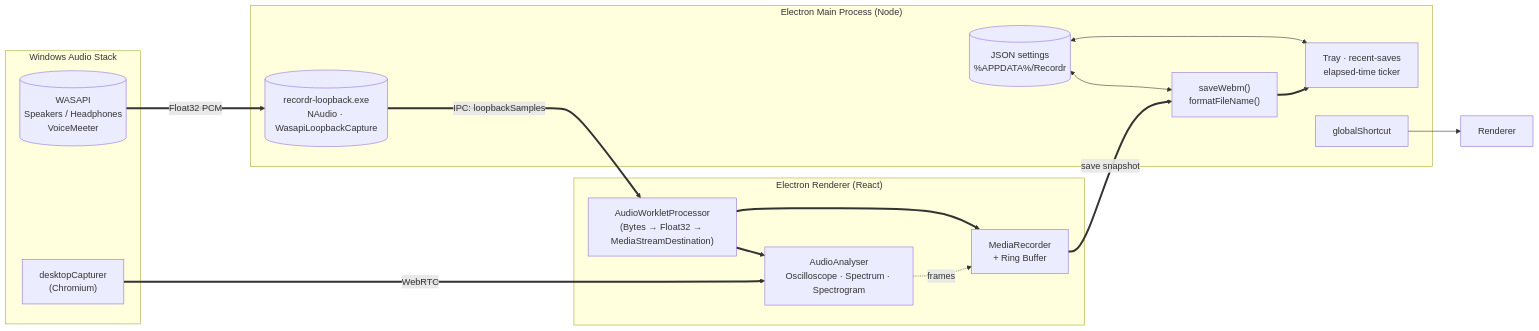
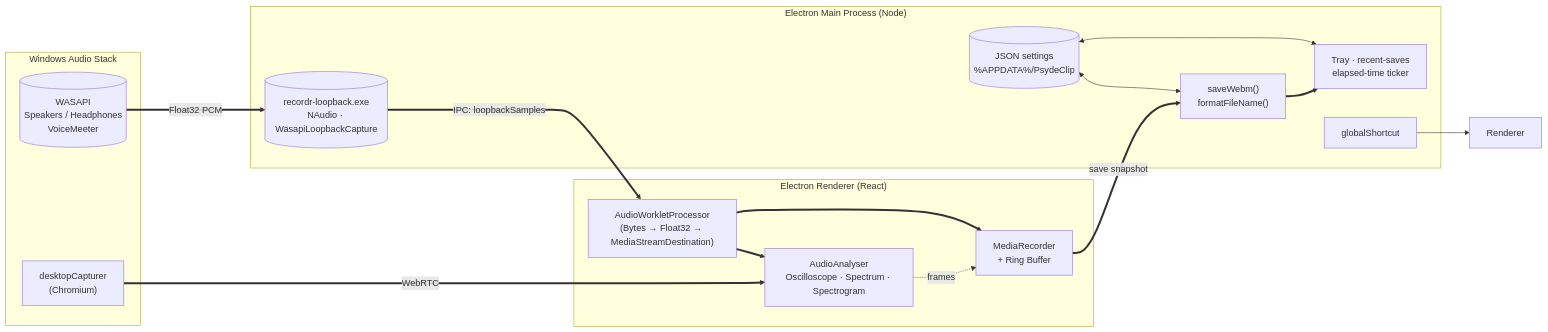
Before and after one commit to Chimthuwu/PsydeClip: the diagram in README.md, drawn with Mermaid. The commit also changed other lines of this file and 15 other files, not shown here.

First line of the commit message:
Rename product to PsydeClip

````diff
--- a/README.md
+++ b/README.md
@@ -78,33 +78,33 @@
 ```mermaid
 flowchart LR
   subgraph WIN[Windows Audio Stack]
     WASAPI[("WASAPI<br/>Speakers / Headphones<br/>VoiceMeeter")]
     Capture["desktopCapturer<br/>(Chromium)"]
   end
 
   subgraph BACKEND["Electron Main Process (Node)"]
     Helper[("recordr-loopback.exe<br/>NAudio · WasapiLoopbackCapture")]
     Save["saveWebm()<br/>formatFileName()"]
     Tray["Tray · recent-saves<br/>elapsed-time ticker"]
-    Settings[("JSON settings<br/>%APPDATA%/Recordr")]
+    Settings[("JSON settings<br/>%APPDATA%/PsydeClip")]
     Hotkey["globalShortcut"]
   end
 
   subgraph RENDERER["Electron Renderer (React)"]
     Worklet["AudioWorkletProcessor<br/>(Bytes → Float32 → MediaStreamDestination)"]
     Analyser["AudioAnalyser<br/>Oscilloscope · Spectrum · Spectrogram"]
     Recorder["MediaRecorder<br/>+ Ring Buffer"]
   end
 
   WASAPI == Float32 PCM ===> Helper
   Capture == WebRTC ===> Analyser
   Helper == IPC: loopbackSamples ===> Worklet
   Worklet ==> Analyser
   Worklet ==> Recorder
   Analyser -. frames .-> Recorder
   Recorder == save snapshot ==> Save
   Save ==> Tray
   Hotkey --> Renderer
   Settings <--> Save
   Settings <--> Tray
 ```
````
